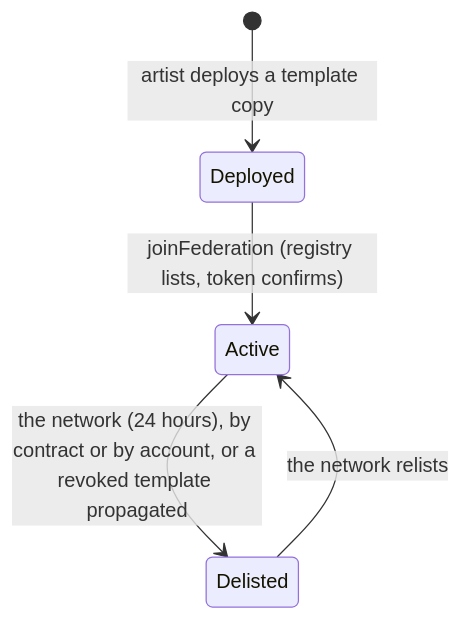
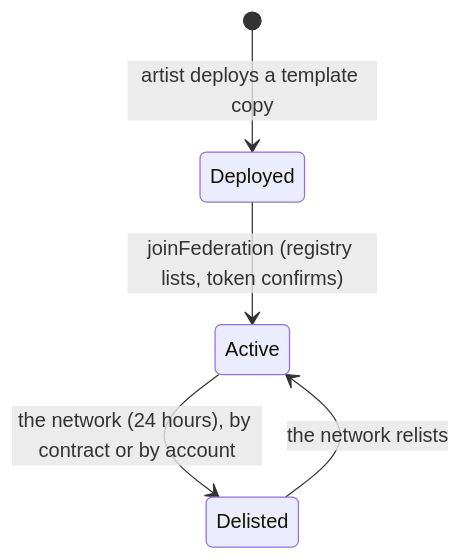
Before and after one commit to 6529-Collections/6529-works: the first of 2 diagrams in docs/spec/federation.md, drawn with Mermaid. The commit also changed other lines of this file and 24 other files, not shown here.

````diff
--- a/docs/spec/federation.md
+++ b/docs/spec/federation.md
@@ -107,7 +107,7 @@
 ```mermaid
 stateDiagram-v2
     [*] --> Deployed : artist deploys a template copy
     Deployed --> Active : joinFederation (registry lists, token confirms)
-    Active --> Delisted : the network (24 hours), by contract or by account, or a revoked template propagated
+    Active --> Delisted : the network (24 hours), by contract or by account
     Delisted --> Active : the network relists
 ```
````
